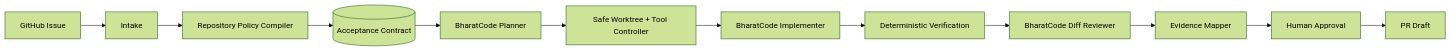
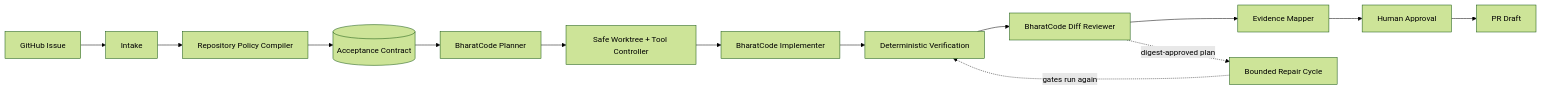
The diagram in README.md (Pavithran-R-A/mergesutra), drawn with Mermaid (forest theme) before and after one commit. The commit also changed other lines of this file and 7 other files, not shown here.

````diff
--- a/README.md
+++ b/README.md
@@ -977,9 +1131,10 @@
 ```mermaid
 flowchart LR
   Issue[GitHub Issue] --> Intake --> Policy[Repository Policy Compiler]
   Policy --> Contract[(Acceptance Contract)]
   Contract --> Plan[BharatCode Planner] --> Worktree[Safe Worktree + Tool Controller]
   Worktree --> Impl[BharatCode Implementer] --> Verify[Deterministic Verification]
   Verify --> Review[BharatCode Diff Reviewer] --> Map[Evidence Mapper]
+  Review -.digest-approved plan.-> Repair[Bounded Repair Cycle] -.gates run again.-> Verify
   Map --> Human[Human Approval] --> PR[PR Draft]
 ```
````
